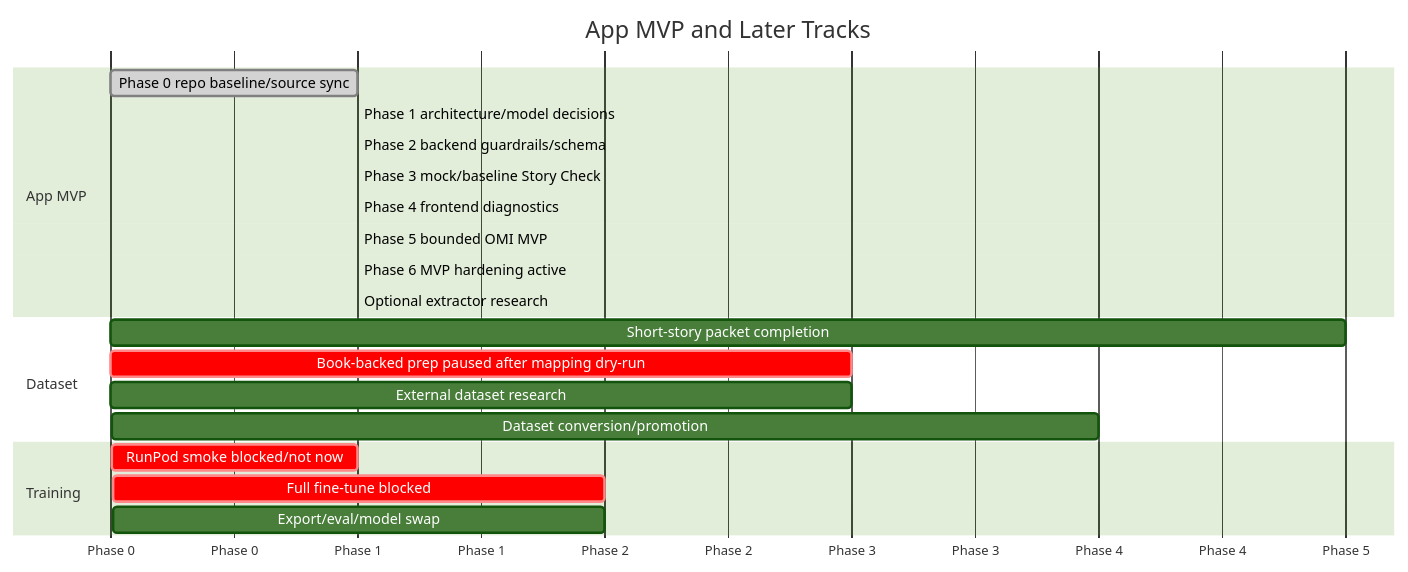
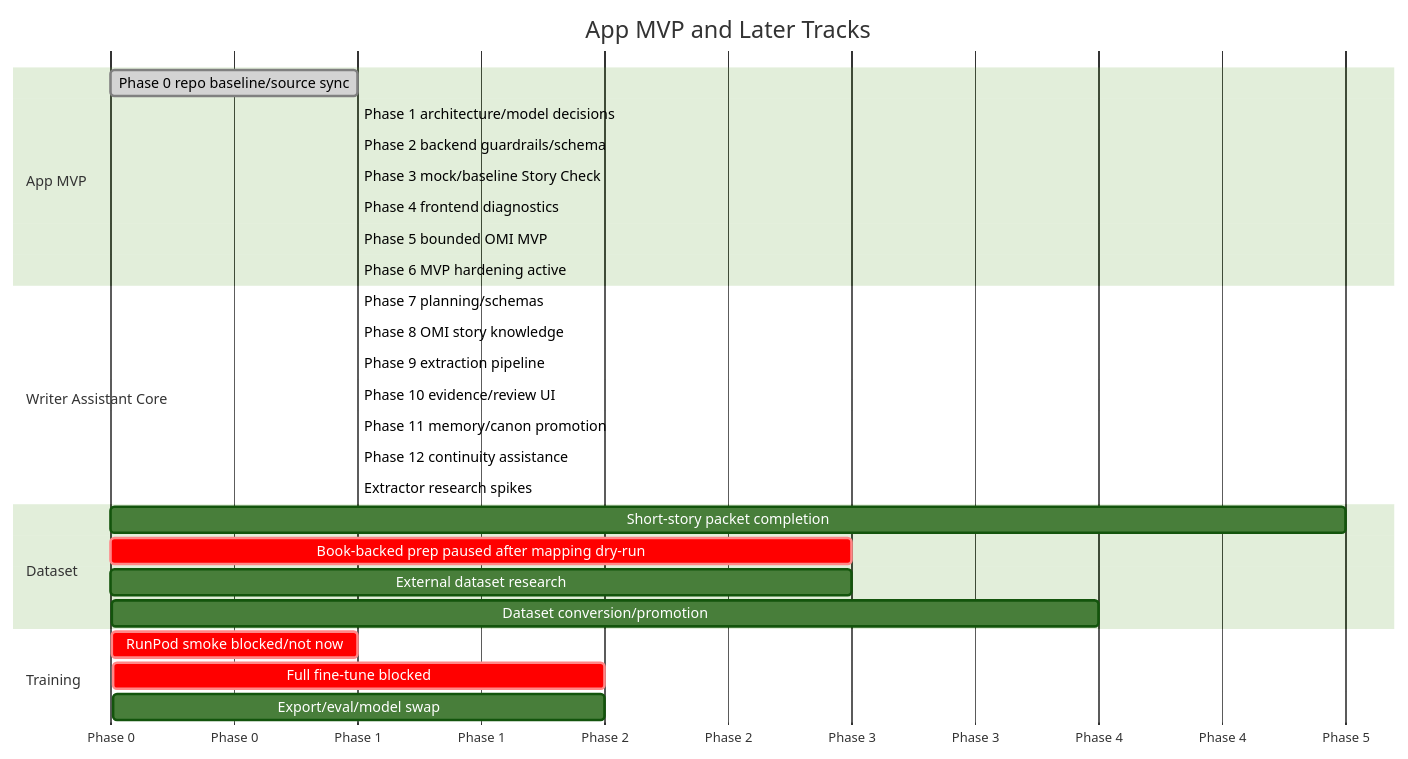
Before and after one commit to telesjr90/writingassistant: the diagram in docs/roadmap/phase_map.md, drawn with Mermaid (forest theme). The commit also changed other lines of this file and 16 other files, not shown here.

Commit message:
docs: reprioritize roadmap around writer assistant core

````diff
--- a/docs/roadmap/phase_map.md
+++ b/docs/roadmap/phase_map.md
@@ -138,24 +199,31 @@
 ```mermaid
 gantt
     title App MVP and Later Tracks
     dateFormat  X
     axisFormat  Phase %s
     section App MVP
     Phase 0 repo baseline/source sync :done, p0, 0, 1
     Phase 1 architecture/model decisions :p1, after p0, 1
     Phase 2 backend guardrails/schema :p2, after p1, 1
     Phase 3 mock/baseline Story Check :p3, after p2, 1
     Phase 4 frontend diagnostics :p4, after p3, 1
     Phase 5 bounded OMI MVP :p5, after p4, 1
     Phase 6 MVP hardening active :active, p6, after p5, 1
-    Optional extractor research :extractors, after p6, 1
+    section Writer Assistant Core
+    Phase 7 planning/schemas :core7, after p6, 1
+    Phase 8 OMI story knowledge :core8, after core7, 1
+    Phase 9 extraction pipeline :core9, after core8, 1
+    Phase 10 evidence/review UI :core10, after core9, 1
+    Phase 11 memory/canon promotion :core11, after core10, 1
+    Phase 12 continuity assistance :core12, after core11, 1
+    Extractor research spikes :extractors, after core7, 1
     section Dataset
     Short-story packet completion :packets, 1, 5
     Book-backed prep paused after mapping dry-run :crit, books, 2, 3
     External dataset research :external, 2, 3
     Dataset conversion/promotion :promotion, 4, 4
     section Training
     RunPod smoke blocked/not now :crit, smoke, 7, 1
     Full fine-tune blocked :crit, train, 8, 2
     Export/eval/model swap :deploy, 10, 2
 ```
````
